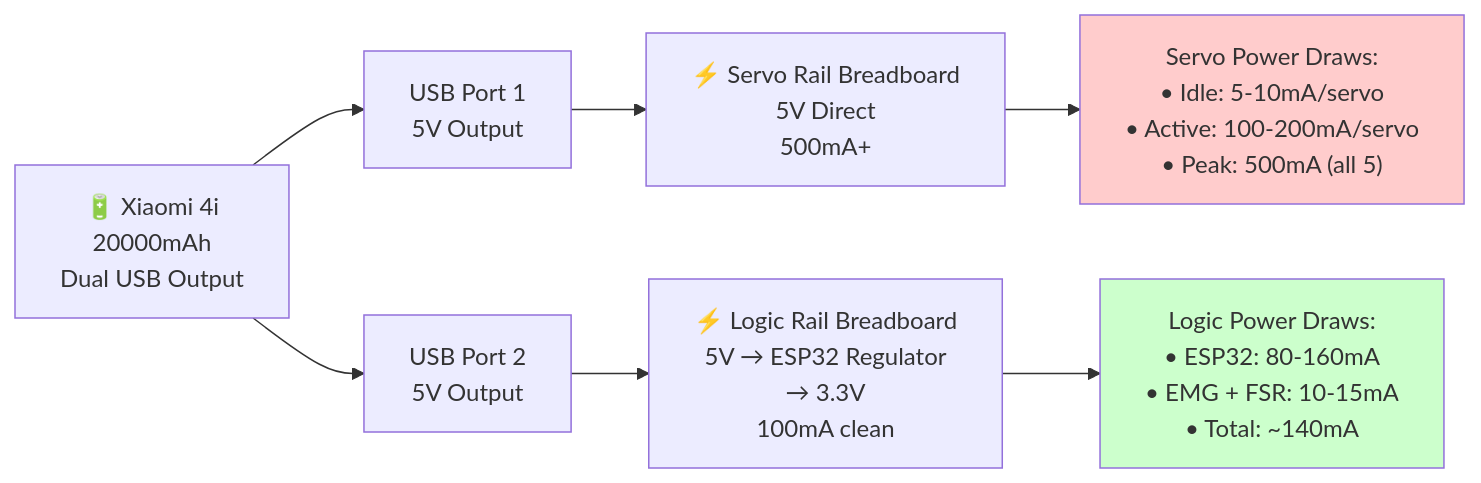
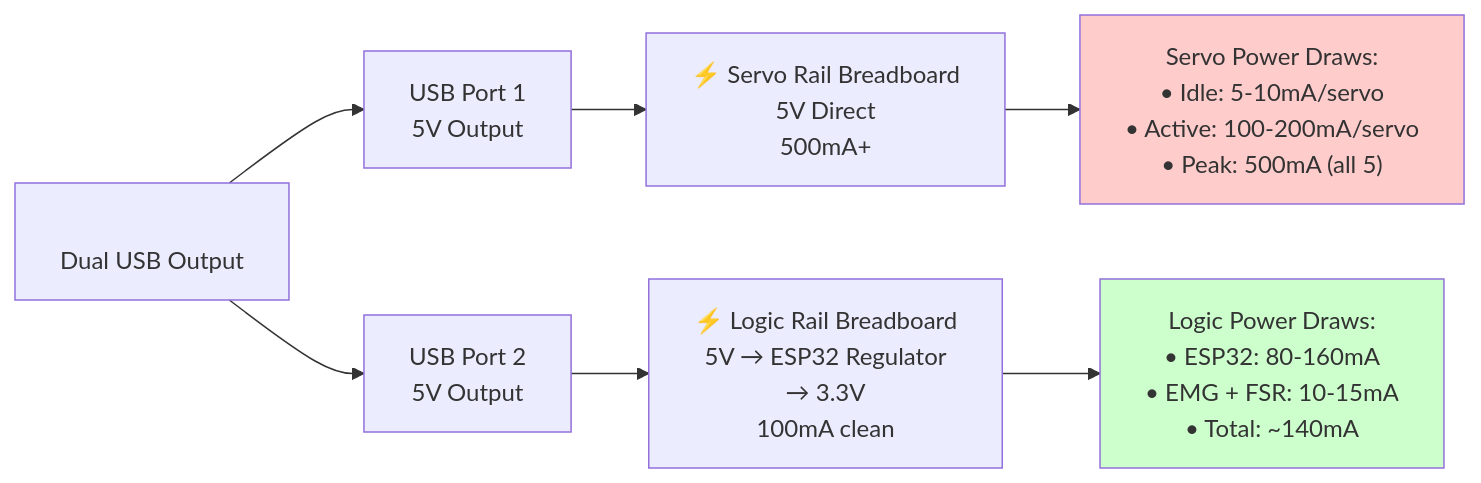
The fourth of 4 diagrams in README.md (harshitt13/Krtrimahastah), drawn with Mermaid before and after one commit. The commit also changed other lines of this file, not shown here.

````diff
--- a/README.md
+++ b/README.md
@@ -243,24 +243,24 @@
 ```mermaid
 graph LR
-    BATTERY["🔋 Xiaomi 4i<br/>20000mAh<br/>Dual USB Output"]
+    BATTERY["<br/>Dual USB Output"]
 
     USB1["USB Port 1<br/>5V Output"]
     USB2["USB Port 2<br/>5V Output"]
 
     SERVO_POWER["⚡ Servo Rail Breadboard<br/>5V Direct<br/>500mA+"]
     LOGIC_POWER["⚡ Logic Rail Breadboard<br/>5V → ESP32 Regulator<br/>→ 3.3V<br/>100mA clean"]
 
     SERVO_DRAWS["Servo Power Draws:<br/>• Idle: 5-10mA/servo<br/>• Active: 100-200mA/servo<br/>• Peak: 500mA (all 5)"]
 
     LOGIC_DRAWS["Logic Power Draws:<br/>• ESP32: 80-160mA<br/>• EMG + FSR: 10-15mA<br/>• Total: ~140mA"]
 
     BATTERY --> USB1
     BATTERY --> USB2
     USB1 --> SERVO_POWER
     USB2 --> LOGIC_POWER
     SERVO_POWER --> SERVO_DRAWS
     LOGIC_POWER --> LOGIC_DRAWS
 
     style SERVO_DRAWS fill:#ffcccc
     style LOGIC_DRAWS fill:#ccffcc
 ```
````
